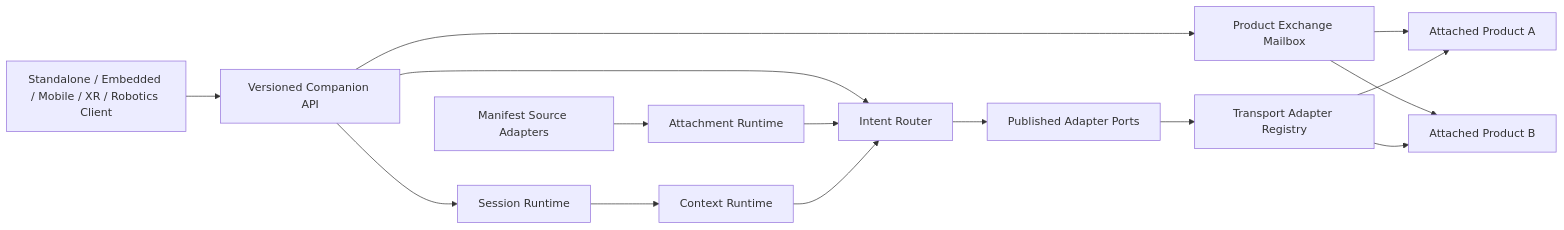
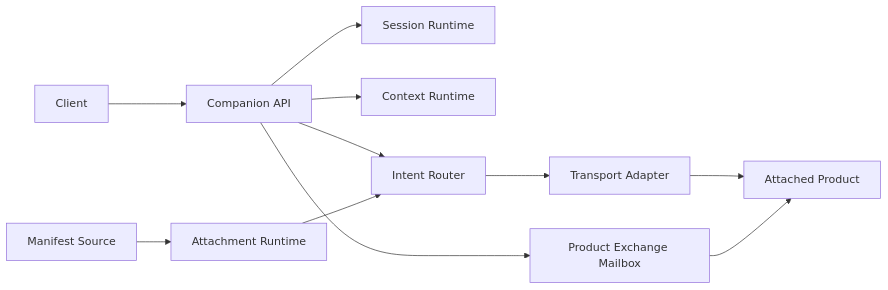
One commit to great1239/mitra-final-phase changed the diagram in docs/ARCHITECTURE.md. Above: the diagram before and after it, drawn with Mermaid. The commit also changed other lines of this file and 15 other files, not shown here.

````diff
--- a/docs/ARCHITECTURE.md
+++ b/docs/ARCHITECTURE.md
@@ -10,30 +6,13 @@
 ```mermaid
 flowchart LR
-  Client["Standalone / Embedded / Mobile / XR / Robotics Client"]
-  API["Versioned Companion API"]
-  Session["Session Runtime"]
-  Context["Context Runtime"]
-  Router["Intent Router"]
-  Attach["Attachment Runtime"]
-  Exchange["Product Exchange Mailbox"]
-  Ports["Published Adapter Ports"]
-  Transport["Transport Adapter Registry"]
-  Sources["Manifest Source Adapters"]
-  ProductA["Attached Product A"]
-  ProductB["Attached Product B"]
-
-  Client --> API
-  API --> Session
-  Session --> Context
-  API --> Router
-  Sources --> Attach
-  Attach --> Router
-  API --> Exchange
-  Exchange --> ProductA
-  Exchange --> ProductB
-  Context --> Router
-  Router --> Ports
-  Ports --> Transport
-  Transport --> ProductA
-  Transport --> ProductB
+  Client["Client"] --> API["Companion API"]
+  API --> Session["Session Runtime"]
+  API --> Context["Context Runtime"]
+  API --> Router["Intent Router"]
+  API --> Exchange["Product Exchange Mailbox"]
+  Source["Manifest Source"] --> Attachment["Attachment Runtime"]
+  Attachment --> Router
+  Router --> Transport["Transport Adapter"]
+  Transport --> Product["Attached Product"]
+  Exchange --> Product
 ```
````
